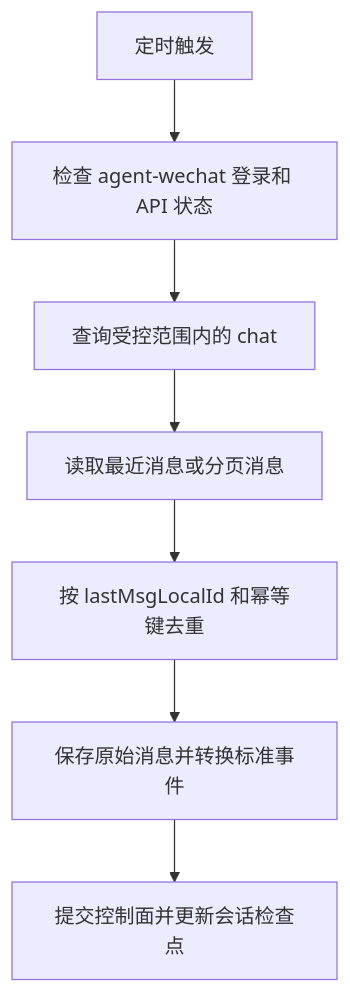
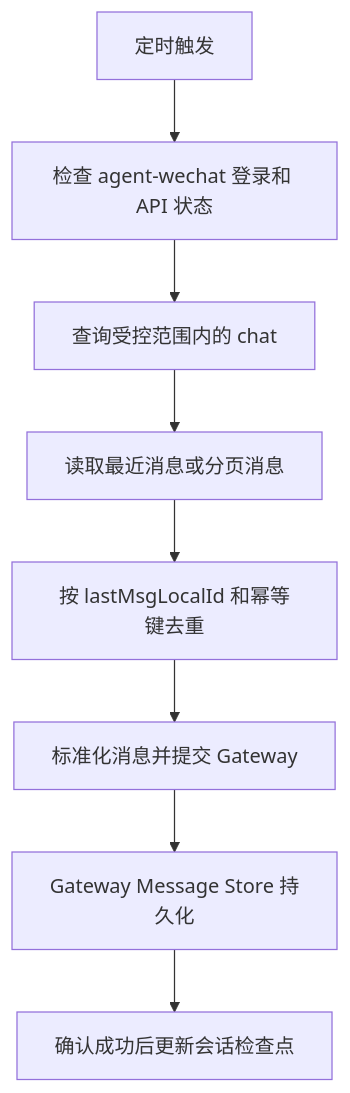
One commit to Tangbohu09527/CF_ecommerce-automation-docs changed the second of 2 diagrams in design/wechat-adapter-design.md. Above: the diagram before and after it, drawn with Mermaid. The commit also changed other lines of this file and 5 other files, not shown here.

Commit message:
docs: design message store and task queue architecture

````diff
--- a/design/wechat-adapter-design.md
+++ b/design/wechat-adapter-design.md
@@ -143,9 +173,10 @@
 ```mermaid
 flowchart TB
     P["定时触发"] --> H["检查 agent-wechat 登录和 API 状态"]
     H --> Q["查询受控范围内的 chat"]
     Q --> M["读取最近消息或分页消息"]
     M --> D["按 lastMsgLocalId 和幂等键去重"]
-    D --> N["保存原始消息并转换标准事件"]
-    N --> C["提交控制面并更新会话检查点"]
+    D --> N["标准化消息并提交 Gateway"]
+    N --> G["Gateway Message Store 持久化"]
+    G --> C["确认成功后更新会话检查点"]
 ```
````
